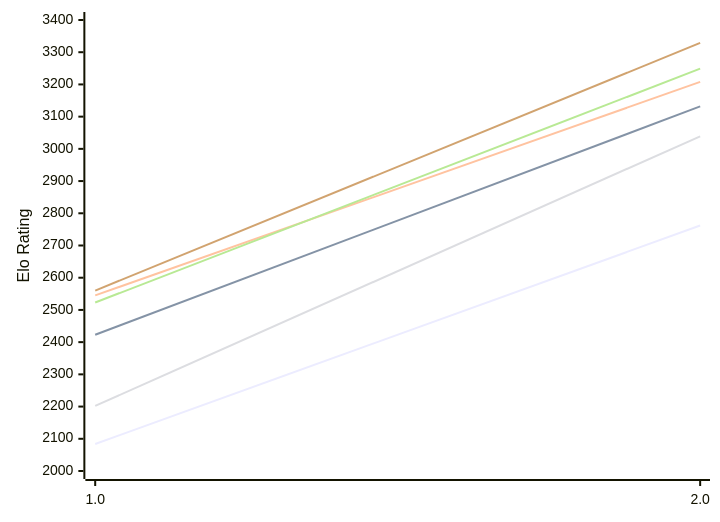
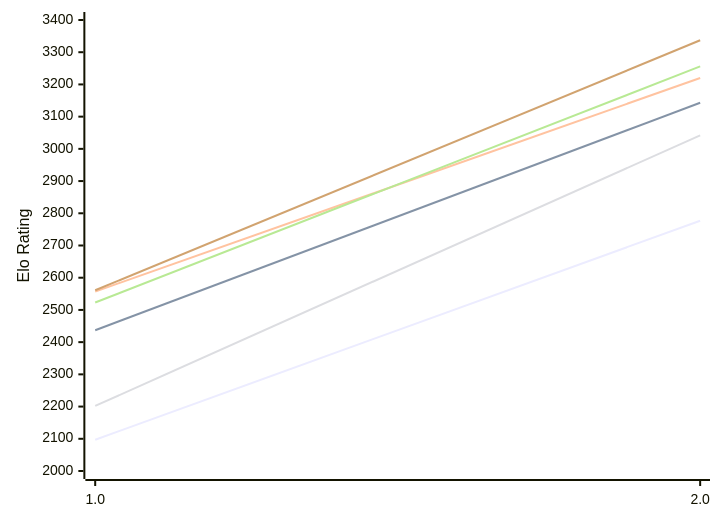
The diagram in engines/Scarlet.md (computer-chess-index/cci), drawn with Mermaid before and after one commit. The commit also changed other lines of this file, not shown here.

Commit message:
Update CCI Ratings (ELO VLTC) - 2026-10-22

````diff
--- a/engines/Scarlet.md
+++ b/engines/Scarlet.md
@@ -49,12 +49,12 @@
 ```mermaid
 %%{init: {"theme":"base","themeVariables":{"seriesColors:['#a3a3a3','#222221','#faa371']}}}%%
 xychart-beta
   x-axis ["1.0", "2.0"]
   y-axis "Elo Rating" 2000 --> 3400
-  line "E1: STC (8.0+0.08s)" [2084, 2762]
-  line "E1: LTC (60.0+0.60s)" [2423, 3132]
-  line "E1: VLTC (2m24s+1.12s)" [2545, 3208]
-  line "P1: STC (8.0+0.08s)" [2202, 3039]
-  line "P1: LTC (60.0+0.60s)" [2523, 3249]
-  line "P1: VLTC (2m24s+1.12s)" [2560, 3329]
+  line "E1: STC (8.0+0.08s)" [2097, 2777]
+  line "E1: LTC (60.0+0.60s)" [2437, 3143]
+  line "E1: VLTC (2m24s+1.12s)" [2557, 3220]
+  line "P1: STC (8.0+0.08s)" [2202, 3042]
+  line "P1: LTC (60.0+0.60s)" [2523, 3256]
+  line "P1: VLTC (2m24s+1.12s)" [2561, 3337]
 ```
````
